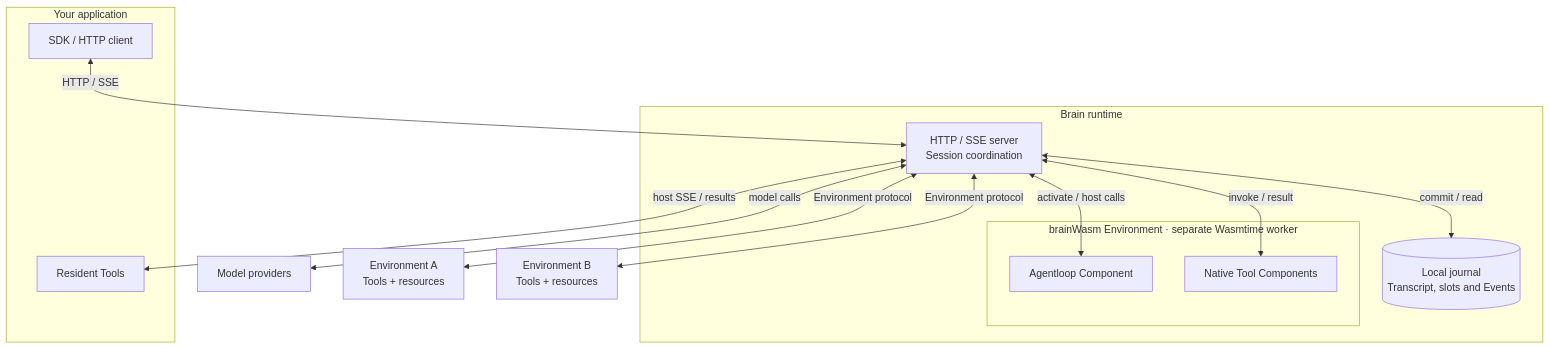
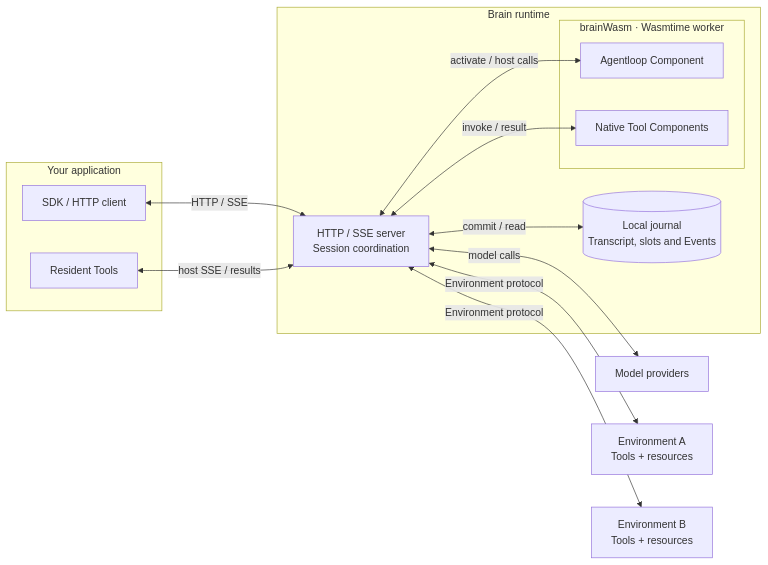
One commit to aexhq/brain changed the diagram in README.md. Above: the diagram before and after it, drawn with Mermaid. The commit also changed 1 other file, not shown here.

Commit message:
docs: keep architecture diagrams readable at README width

````diff
--- a/README.md
+++ b/README.md
@@ -74,25 +74,25 @@
 ```mermaid
-flowchart TB
+flowchart LR
   subgraph App["Your application"]
     Client["SDK / HTTP client"]
     Resident["Resident Tools"]
   end
 
   subgraph Brain["Brain runtime"]
     Server["HTTP / SSE server<br/>Session coordination"]
     Journal[("Local journal<br/>Transcript, slots and Events")]
-    subgraph Worker["brainWasm Environment · separate Wasmtime worker"]
+    subgraph Worker["brainWasm · Wasmtime worker"]
       Loop["Agentloop Component"]
       Native["Native Tool Components"]
     end
     Server <-->|"commit / read"| Journal
     Server <-->|"activate / host calls"| Loop
     Server <-->|"invoke / result"| Native
   end
 
   Client <-->|"HTTP / SSE"| Server
-  Server <-->|"host SSE / results"| Resident
+  Resident <-->|"host SSE / results"| Server
   Server <-->|"model calls"| Models["Model providers"]
   Server <-->|"Environment protocol"| EnvA["Environment A<br/>Tools + resources"]
   Server <-->|"Environment protocol"| EnvB["Environment B<br/>Tools + resources"]
 ```
````
